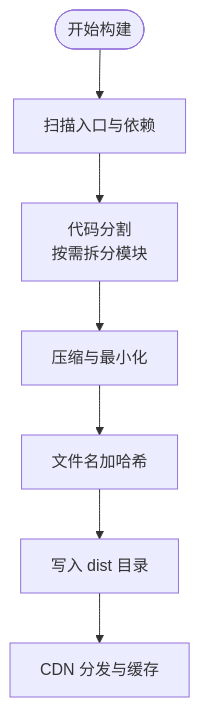
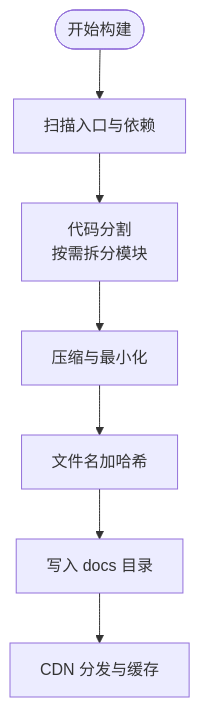
Before and after one commit to JadeXusq/qr-generator: the third of 7 diagrams in .qoder/repowiki/zh/content/部署指南.md, drawn with Mermaid. The commit also changed other lines of this file and 5 other files, not shown here.

````diff
--- a/.qoder/repowiki/zh/content/部署指南.md
+++ b/.qoder/repowiki/zh/content/部署指南.md
@@ -125,9 +134,9 @@
 ```mermaid
 flowchart TD
 Start(["开始构建"]) --> Scan["扫描入口与依赖"]
 Scan --> Split["代码分割<br/>按需拆分模块"]
 Split --> Optimize["压缩与最小化"]
 Optimize --> Hash["文件名加哈希"]
-Hash --> Emit["写入 dist 目录"]
+Hash --> Emit["写入 docs 目录"]
 Emit --> CDN["CDN 分发与缓存"]
 ```
````
